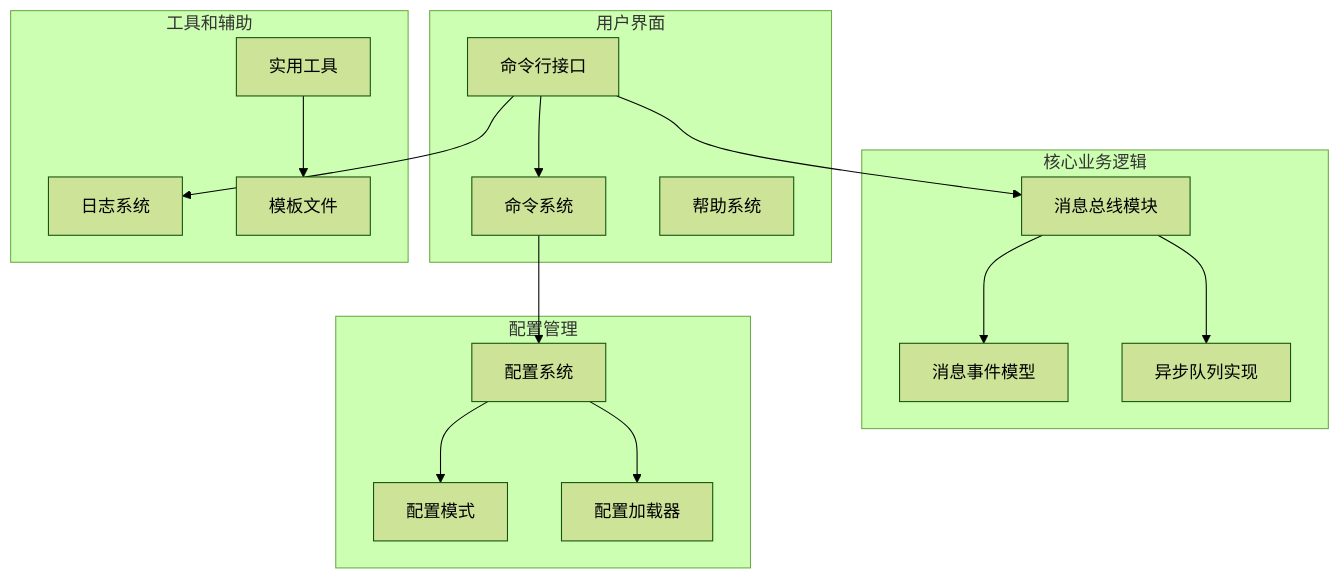
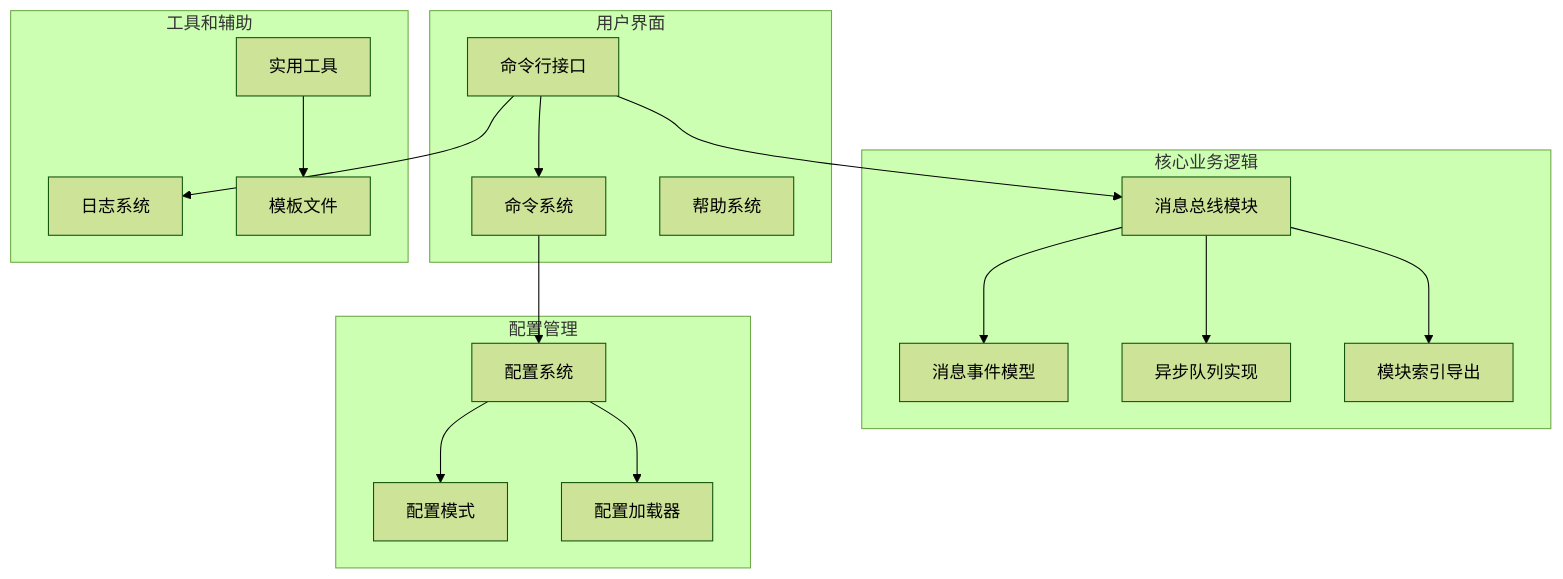
Before and after one commit to neciszhang/batbot: the first of 10 diagrams in .qoder/repowiki/zh/content/开发者指南/消息系统与总线.md, drawn with Mermaid (forest theme). The commit also changed other lines of this file and 13 other files, not shown here.

````diff
--- a/.qoder/repowiki/zh/content/开发者指南/消息系统与总线.md
+++ b/.qoder/repowiki/zh/content/开发者指南/消息系统与总线.md
@@ -39,32 +50,34 @@
 ```mermaid
 graph TB
 subgraph "核心业务逻辑"
 BUS[消息总线模块]
 EVENTS[消息事件模型]
-QUEUE[异步队列实现]
+ASYNC_QUEUE[异步队列实现]
+INDEX[模块索引导出]
 end
 subgraph "配置管理"
 CONFIG[配置系统]
 SCHEMA[配置模式]
 LOADER[配置加载器]
 end
 subgraph "用户界面"
 CLI[命令行接口]
 COMMAND[命令系统]
 HELP[帮助系统]
 end
 subgraph "工具和辅助"
 UTILS[实用工具]
 LOG[日志系统]
 TEMPLATES[模板文件]
 end
 CLI --> COMMAND
 COMMAND --> CONFIG
 CONFIG --> SCHEMA
 CONFIG --> LOADER
 CLI --> BUS
 BUS --> EVENTS
-BUS --> QUEUE
+BUS --> ASYNC_QUEUE
+BUS --> INDEX
 UTILS --> TEMPLATES
 CLI --> LOG
 ```
````
